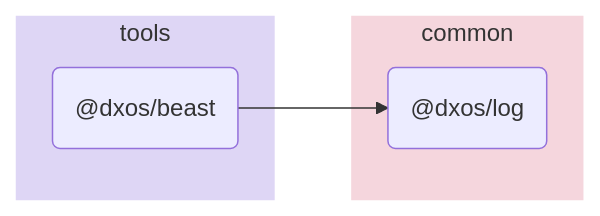
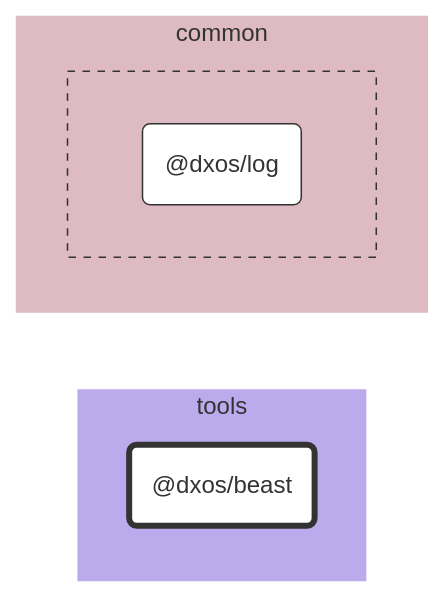
One commit to dxos/dxos changed the diagram in tools/beast/docs/README.md. Above: the diagram before and after it, drawn with Mermaid. The commit also changed other lines of this file and 89 other files, not shown here.

````diff
--- a/tools/beast/docs/README.md
+++ b/tools/beast/docs/README.md
@@ -5,15 +7,38 @@
 ```mermaid
-flowchart LR;
+%%{ init: {'flowchart':{'curve':'basis'}} }%%
 
+flowchart LR
+
+%% Links
+
+%% Sections
 subgraph tools
-  style tools fill:#ded6f5,stroke:#fff;
-  dxos/beast("@dxos/beast");
+  style tools fill:#bbabed,stroke:#fff;
+
+  dxos/beast("@dxos/beast")
 end
 
 subgraph common
-  style common fill:#f5d6dd,stroke:#fff;
-  dxos/log("@dxos/log");
+  style common fill:#debac2,stroke:#fff;
+
+
+  subgraph common-excluded [ ]
+    style common-excluded fill:#debac2,stroke:#333,stroke-dasharray:5 5;
+
+    dxos/log("@dxos/log")
+  end
 end
 
-dxos/beast --> dxos/log;
+
+%% Hyperlinks
+click dxos/log "dxos/dxos/tree/main/packages/common/log/docs";
+
+%% Styles
+classDef rootNode fill:#fff,stroke:#333,stroke-width:4px
+classDef defaultNode fill:#fff,stroke:#333,stroke-width:1px
+linkStyle default stroke:#333,stroke-width:1px
+
+dxos/beast:::rootNode
+
+dxos/log:::defaultNode
 ```
````
